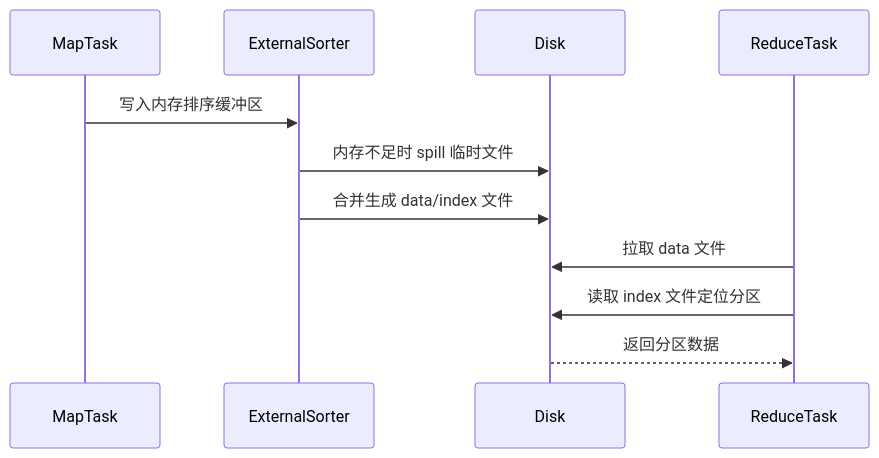
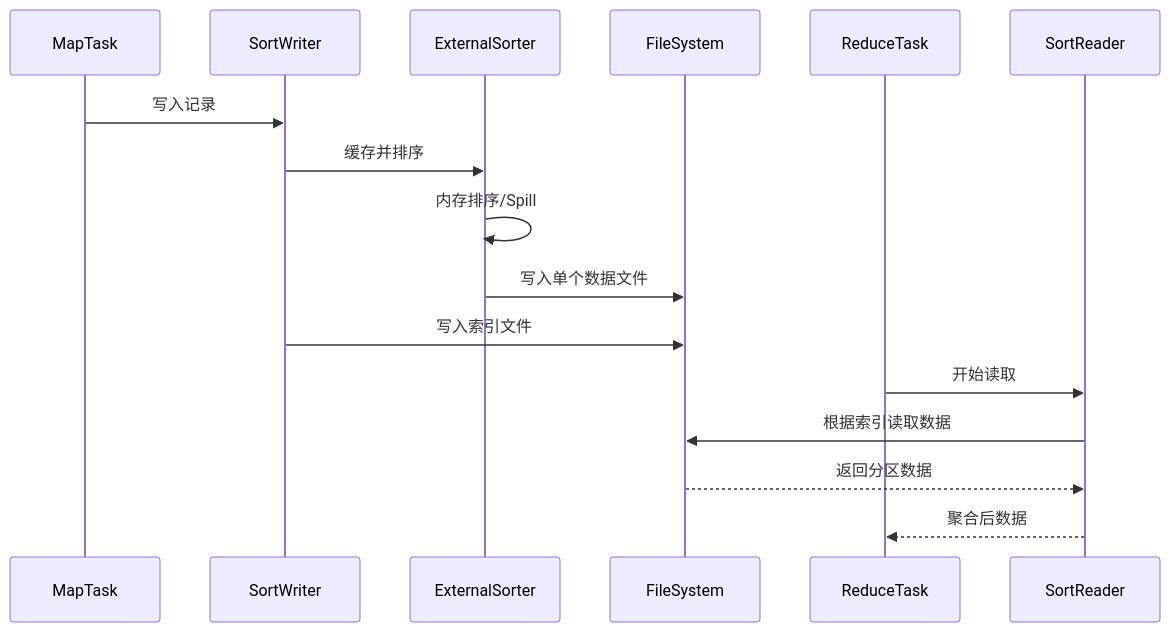
One commit to ralph-wren/TechStack-Handbook changed diagram 17 of 24 in 12.spark.md. Above: the diagram before and after it, drawn with Mermaid. The commit also changed other lines of this file and 1 other file, not shown here.

````diff
--- a/12.spark.md
+++ b/12.spark.md
@@ -1075,14 +2035,20 @@
 ```mermaid
 sequenceDiagram
-  participant MapTask
-  participant ExternalSorter
-  participant Disk
-  participant ReduceTask
-
-  MapTask->>ExternalSorter: 写入内存排序缓冲区
-  ExternalSorter->>Disk: 内存不足时 spill 临时文件
-  ExternalSorter->>Disk: 合并生成 data/index 文件
-  ReduceTask->>Disk: 拉取 data 文件
-  ReduceTask->>Disk: 读取 index 文件定位分区
-  Disk-->>ReduceTask: 返回分区数据
+    participant MapTask
+    participant SortWriter
+    participant ExternalSorter
+    participant FileSystem
+    participant ReduceTask
+    participant SortReader
+    
+    MapTask->>SortWriter: 写入记录
+    SortWriter->>ExternalSorter: 缓存并排序
+    ExternalSorter->>ExternalSorter: 内存排序/Spill
+    ExternalSorter->>FileSystem: 写入单个数据文件
+    SortWriter->>FileSystem: 写入索引文件
+    
+    ReduceTask->>SortReader: 开始读取
+    SortReader->>FileSystem: 根据索引读取数据
+    FileSystem-->>SortReader: 返回分区数据
+    SortReader-->>ReduceTask: 聚合后数据
 ```
````
